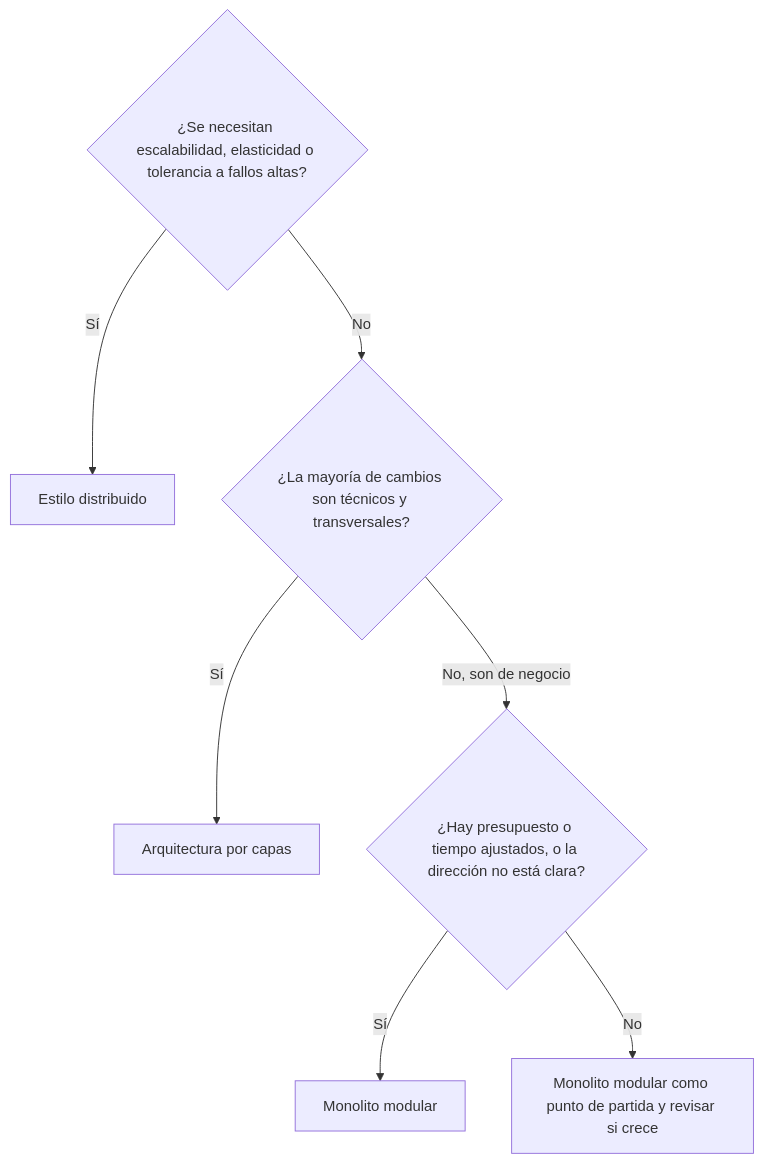
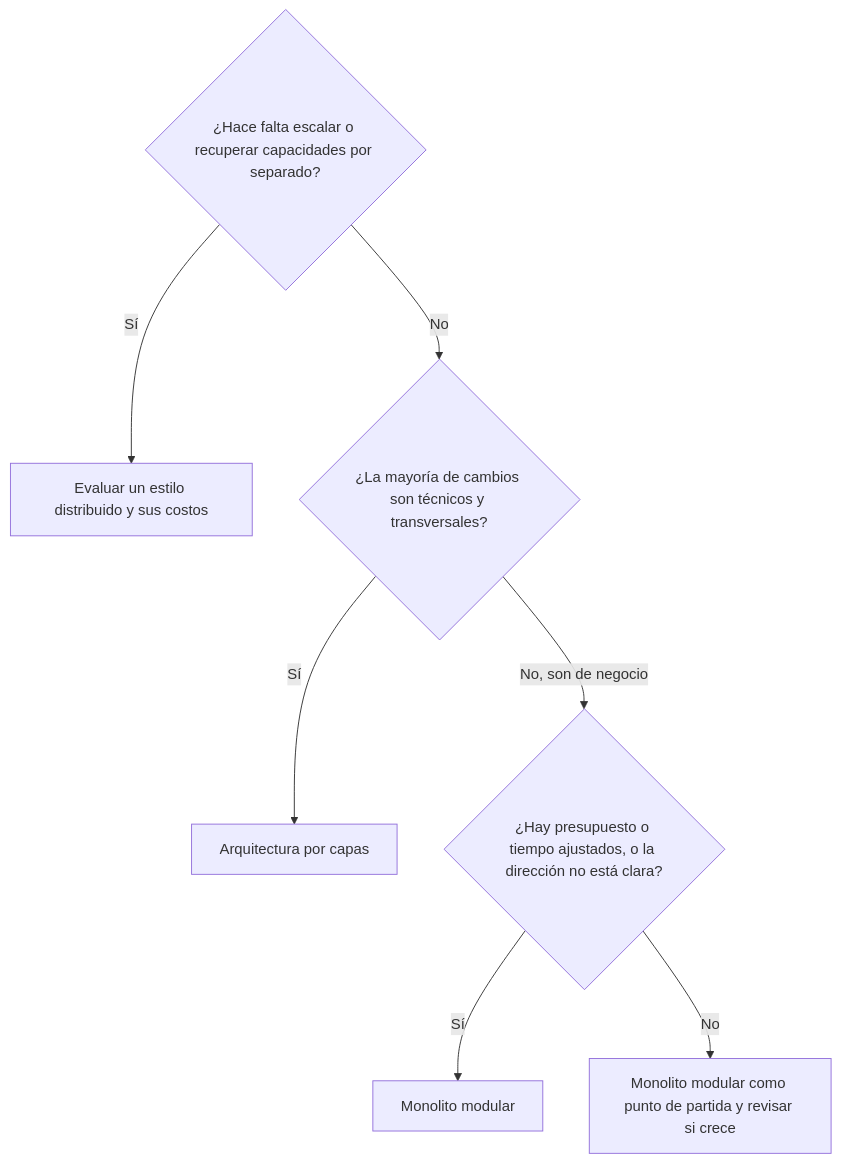
One commit to kalech7/notes changed the diagram in Obsidian/lecturas/Fundamentals of Software Architecture/11 Monolito modular/07 Características y cuándo usarlo.md. Above: the diagram before and after it, drawn with Mermaid. The commit also changed other lines of this file and 125 other files, not shown here.

Commit message:
fix(pregrado): interconecta notas huerfanas, crea MOCs faltantes, corrige diagramas y resuelve referencias rotas

````diff
--- a/Obsidian/lecturas/Fundamentals of Software Architecture/11 Monolito modular/07 Características y cuándo usarlo.md
+++ b/Obsidian/lecturas/Fundamentals of Software Architecture/11 Monolito modular/07 Características y cuándo usarlo.md
@@ -108,9 +108,9 @@
 ```mermaid
 flowchart TD
-  Q1{"¿Se necesitan escalabilidad, elasticidad o tolerancia a fallos altas?"} -->|Sí| D["Estilo distribuido"]
+  Q1{"¿Hace falta escalar o recuperar capacidades por separado?"} -->|Sí| D["Evaluar un estilo distribuido y sus costos"]
   Q1 -->|No| Q2{"¿La mayoría de cambios son técnicos y transversales?"}
   Q2 -->|Sí| L["Arquitectura por capas"]
   Q2 -->|No, son de negocio| Q3{"¿Hay presupuesto o tiempo ajustados, o la dirección no está clara?"}
   Q3 -->|Sí| M["Monolito modular"]
   Q3 -->|No| M2["Monolito modular como punto de partida y revisar si crece"]
 ```
````
